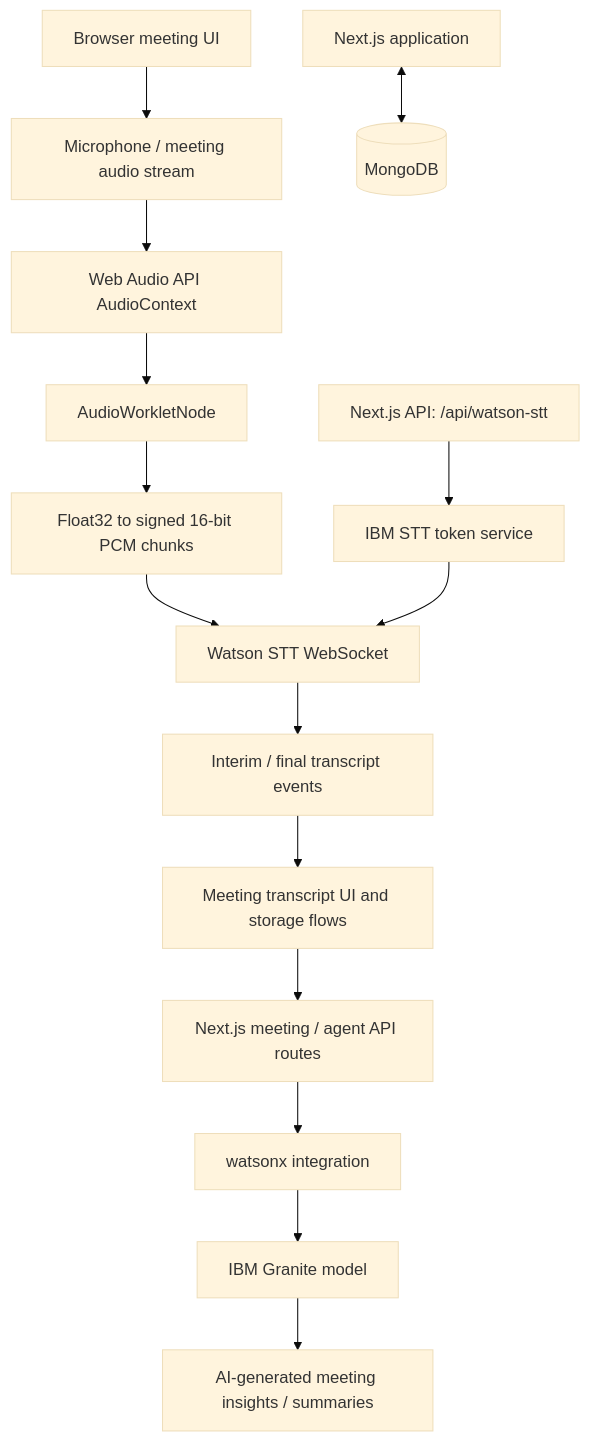
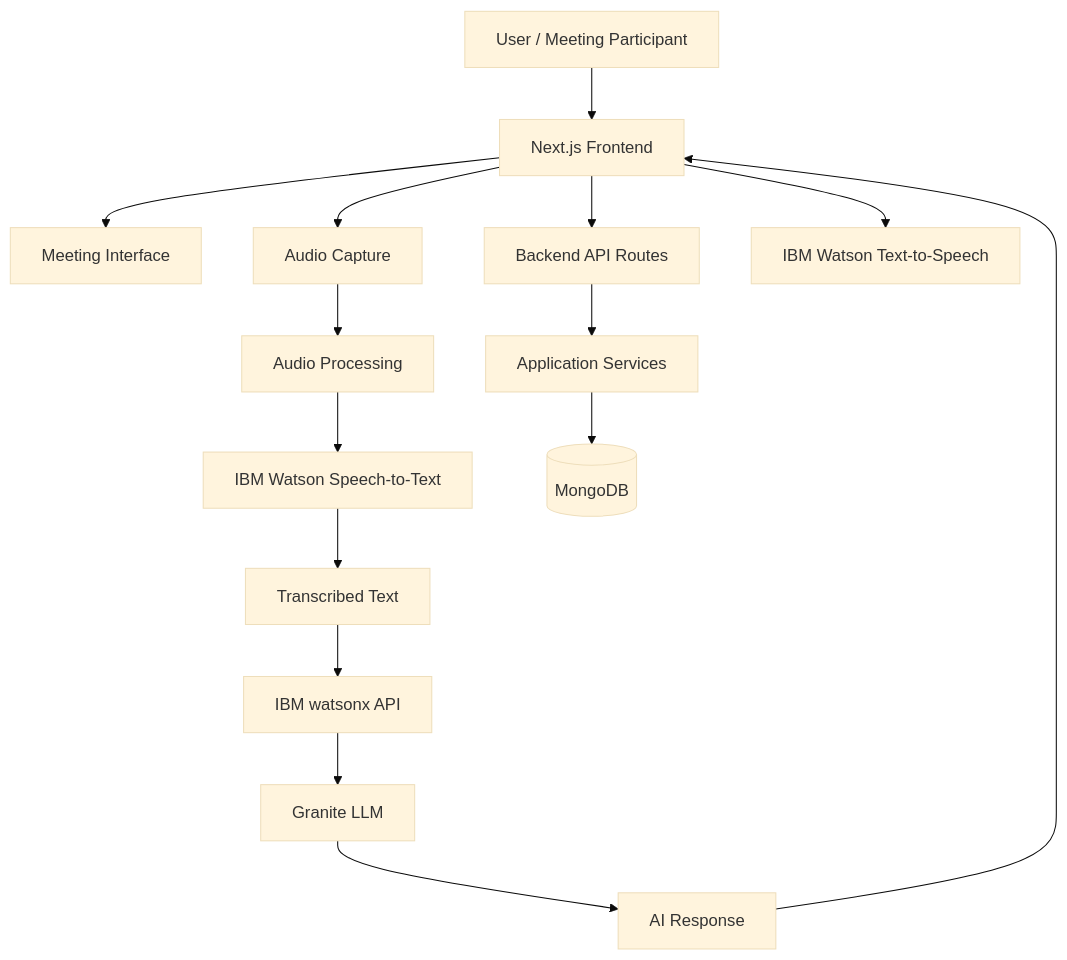
Before and after one commit to dhrupad1304/novexa-ai-meeting-platform: the diagram in README.md, drawn with Mermaid (base theme). The commit also changed other lines of this file, not shown here.

````diff
--- a/README.md
+++ b/README.md
@@ -38,17 +59,17 @@
 ```mermaid
 flowchart TD
-    A[Browser meeting UI] --> B[Microphone / meeting audio stream]
-    B --> C[Web Audio API AudioContext]
-    C --> D[AudioWorkletNode]
-    D --> E[Float32 to signed 16-bit PCM chunks]
-    E --> F[Watson STT WebSocket]
-    G[Next.js API: /api/watson-stt] --> H[IBM STT token service]
-    H --> F
-    F --> I[Interim / final transcript events]
-    I --> J[Meeting transcript UI and storage flows]
-    J --> K[Next.js meeting / agent API routes]
-    K --> L[watsonx integration]
-    L --> M[IBM Granite model]
-    M --> N[AI-generated meeting insights / summaries]
-    O[Next.js application] <--> P[(MongoDB)]
+    A[User / Meeting Participant] --> B[Next.js Frontend]
+    B --> C[Meeting Interface]
+    B --> D[Audio Capture]
+    D --> E[Audio Processing]
+    E --> F[IBM Watson Speech-to-Text]
+    F --> G[Transcribed Text]
+    G --> H[IBM watsonx API]
+    H --> I[Granite LLM]
+    I --> J[AI Response]
+    J --> B
+    B --> K[Backend API Routes]
+    K --> L[Application Services]
+    L --> M[(MongoDB)]
+    B --> N[IBM Watson Text-to-Speech]
 ```
````
